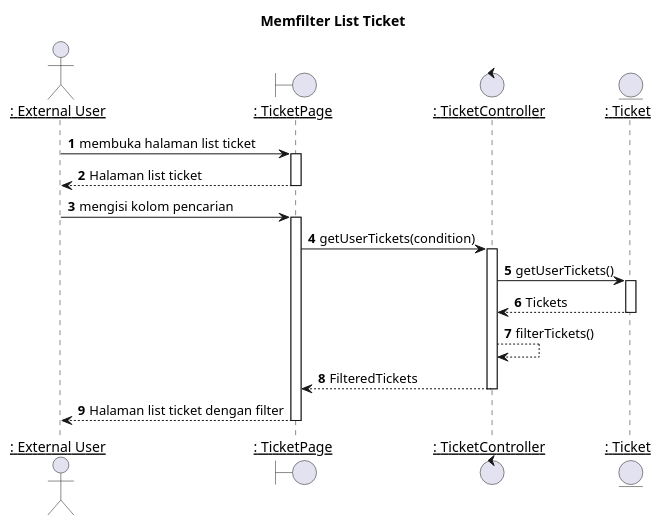
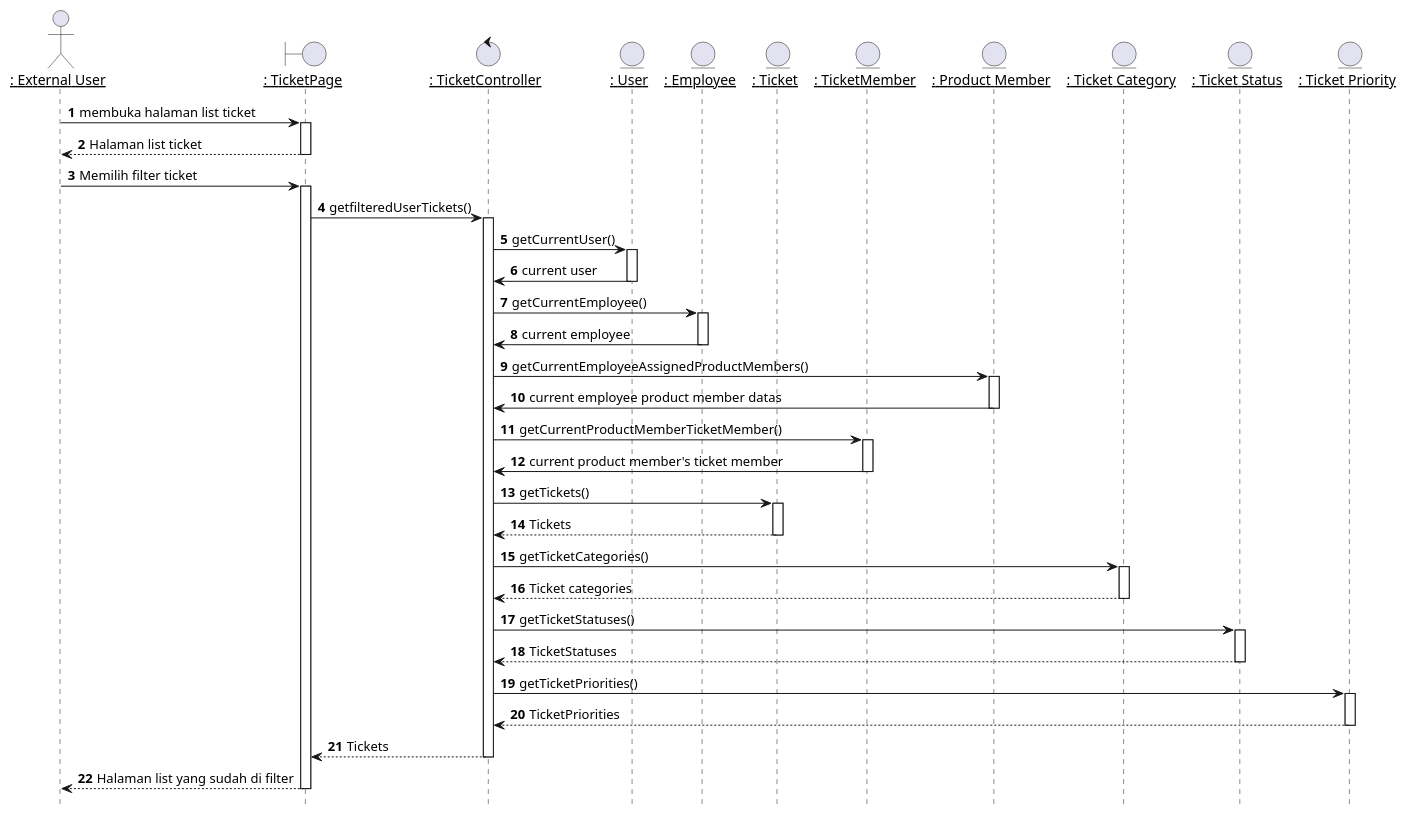
The diagram in plantuml/sequence/ex/ex2.puml (TAS-PKL/Laporan-PKL-Ticketing), drawn with PlantUML before and after one commit. The commit also changed 47 other files, not shown here.

```diff
--- a/plantuml/sequence/ex/ex2.puml
+++ b/plantuml/sequence/ex/ex2.puml
@@ -1,39 +1,91 @@
 @startuml Memfilter List Ticket
 
-title "Memfilter List Ticket"
+hide footbox
+
 
 actor EU as "__: External User__"
 boundary TicketPage as "__: TicketPage__"
 control TicketController as "__: TicketController__"
+entity Users as "__: User__"
+entity Employees as "__: Employee__"
 entity Ticket as "__: Ticket__"
+entity TicketMember as "__: TicketMember__"
+entity ProductMembers as "__: Product Member__"
+' entity ProductMemberRoles as "__: Product Member Roles__"
+entity TicketCategories as "__: Ticket Category__"
+entity TicketStatuses as "__: Ticket Status__"
+entity TicketPriorities as "__: Ticket Priority__"
+' entityProductas "__: Products__"
+' entity Companies as "__: Companies__"
 
 autonumber 1
 EU -> TicketPage: membuka halaman list ticket
 activate TicketPage
 
 TicketPage --> EU : Halaman list ticket
 deactivate TicketPage
 
-
-EU -> TicketPage: mengisi kolom pencarian
+EU -> TicketPage: Memilih filter ticket
 activate TicketPage
 
-TicketPage -> TicketController: getUserTickets(condition)
+TicketPage -> TicketController: getfilteredUserTickets()
 activate TicketController
 
-TicketController -> Ticket: getUserTickets()
+TicketController -> Users: getCurrentUser()
+activate Users
+
+Users -> TicketController: current user
+deactivate Users
+
+TicketController -> Employees: getCurrentEmployee()
+activate Employees
+
+Employees -> TicketController: current employee
+deactivate Employees
+
+TicketController -> ProductMembers: getCurrentEmployeeAssignedProductMembers()
+activate ProductMembers
+
+ProductMembers -> TicketController: current employee product member datas
+deactivate ProductMembers
+
+TicketController -> TicketMember: getCurrentProductMemberTicketMember()
+activate TicketMember
+
+TicketMember -> TicketController: current product member's ticket member
+deactivate TicketMember
+
+TicketController -> Ticket: getTickets()
 activate Ticket
 
 Ticket --> TicketController : Tickets
 deactivate Ticket
 
-TicketController --> TicketController : filterTickets()
+TicketController -> TicketCategories: getTicketCategories()
+activate TicketCategories
 
-TicketController --> TicketPage : FilteredTickets
+TicketCategories --> TicketController : Ticket categories
+deactivate TicketCategories
+
+TicketController -> TicketStatuses: getTicketStatuses()
+activate TicketStatuses
+
+TicketStatuses --> TicketController : TicketStatuses
+deactivate TicketStatuses
+
+TicketController -> TicketPriorities: getTicketPriorities()
+activate TicketPriorities
+
+TicketPriorities --> TicketController : TicketPriorities
+deactivate TicketPriorities
+
+' TicketController -> TicketController : resolveRelation()
+
+TicketController --> TicketPage : Tickets
 deactivate TicketController
 
-TicketPage --> EU : Halaman list ticket dengan filter
+TicketPage --> EU : Halaman list yang sudah di filter
 deactivate TicketPage
 
 
 @enduml
```
